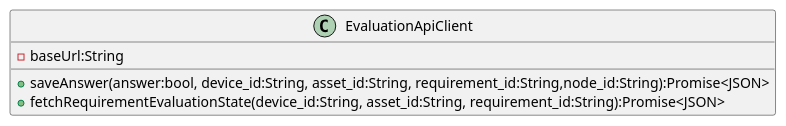
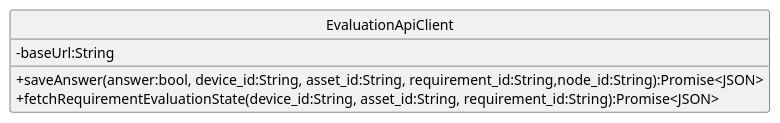
The diagram in src/PB/DocumentazioneEsterna/Specifica_Tecnica/content/uml/puml/Diagrammi_classi/Frontend/APIClient.puml (GroupRubberDuck/Documentazione), drawn with PlantUML before and after one commit. The commit also changed 118 other files, not shown here.

```diff
--- a/src/PB/DocumentazioneEsterna/Specifica_Tecnica/content/uml/puml/Diagrammi_classi/Frontend/APIClient.puml
+++ b/src/PB/DocumentazioneEsterna/Specifica_Tecnica/content/uml/puml/Diagrammi_classi/Frontend/APIClient.puml
@@ -1,11 +1,11 @@
 @startuml api-client
-
-
+skinparam style strictuml
+skinparam classAttributeIconSize 0
 class EvaluationApiClient{
         - baseUrl:String
         + saveAnswer(answer:bool, device_id:String, asset_id:String, requirement_id:String,node_id:String):Promise<JSON>
         + fetchRequirementEvaluationState(device_id:String, asset_id:String, requirement_id:String):Promise<JSON>
 }
 
 
 @enduml
```
